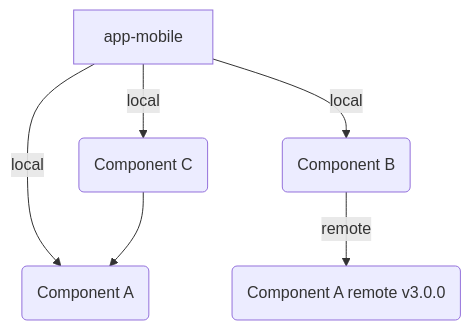
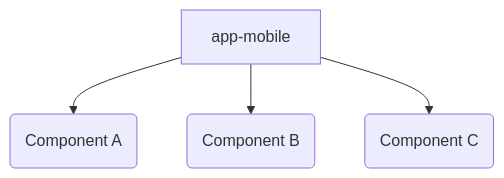
One commit to sdg9/react-native-versioned-components-yarn1 changed the first of 3 diagrams in README.md. Above: the diagram before and after it, drawn with Mermaid. The commit also changed other lines of this file, not shown here.

````diff
--- a/README.md
+++ b/README.md
@@ -47,8 +27,6 @@
 ```mermaid
 graph TD
-    App[app-mobile] -->|local|A(Component A)
-    App[app-mobile] -->|local|B(Component B)
-    App[app-mobile] -->|local|C(Component C)
-    B --> |remote|A1(Component A remote v3.0.0)
-    C --> A
+    App[app-mobile] -->A(Component A)
+    App[app-mobile] -->B(Component B)
+    App[app-mobile] -->C(Component C)
 ```
````
